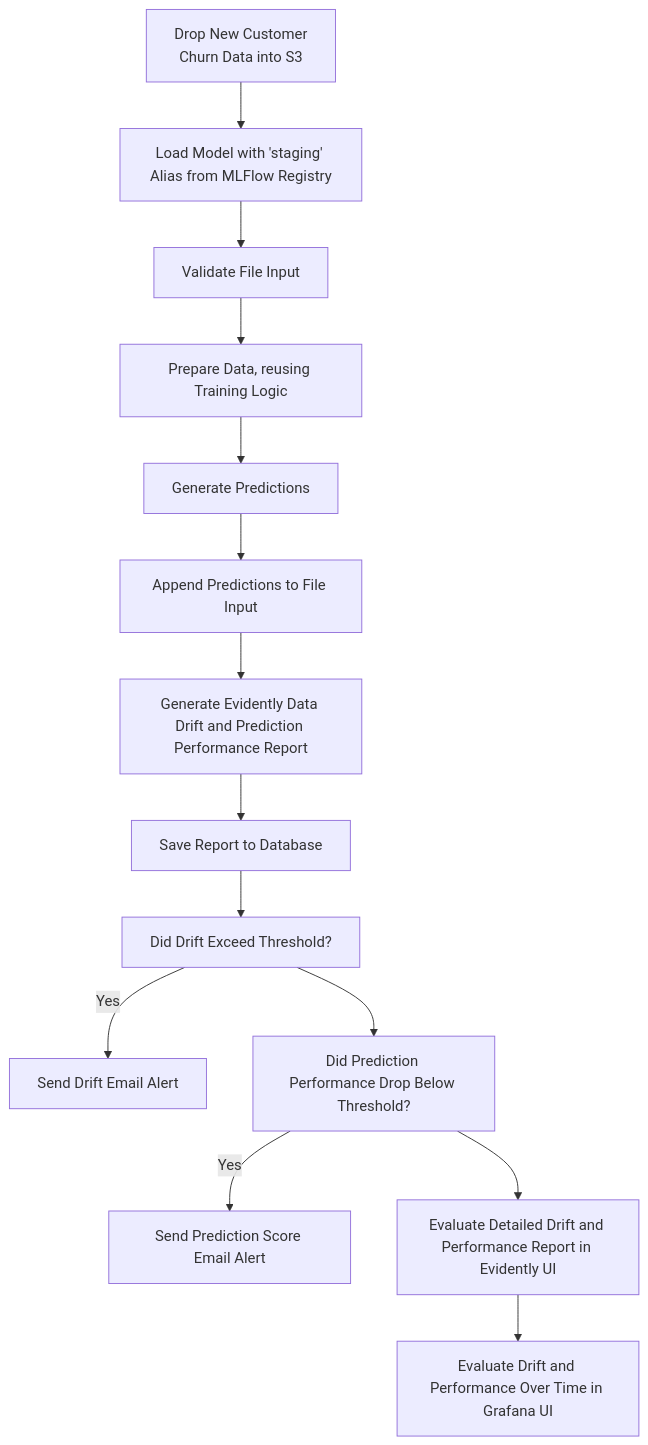
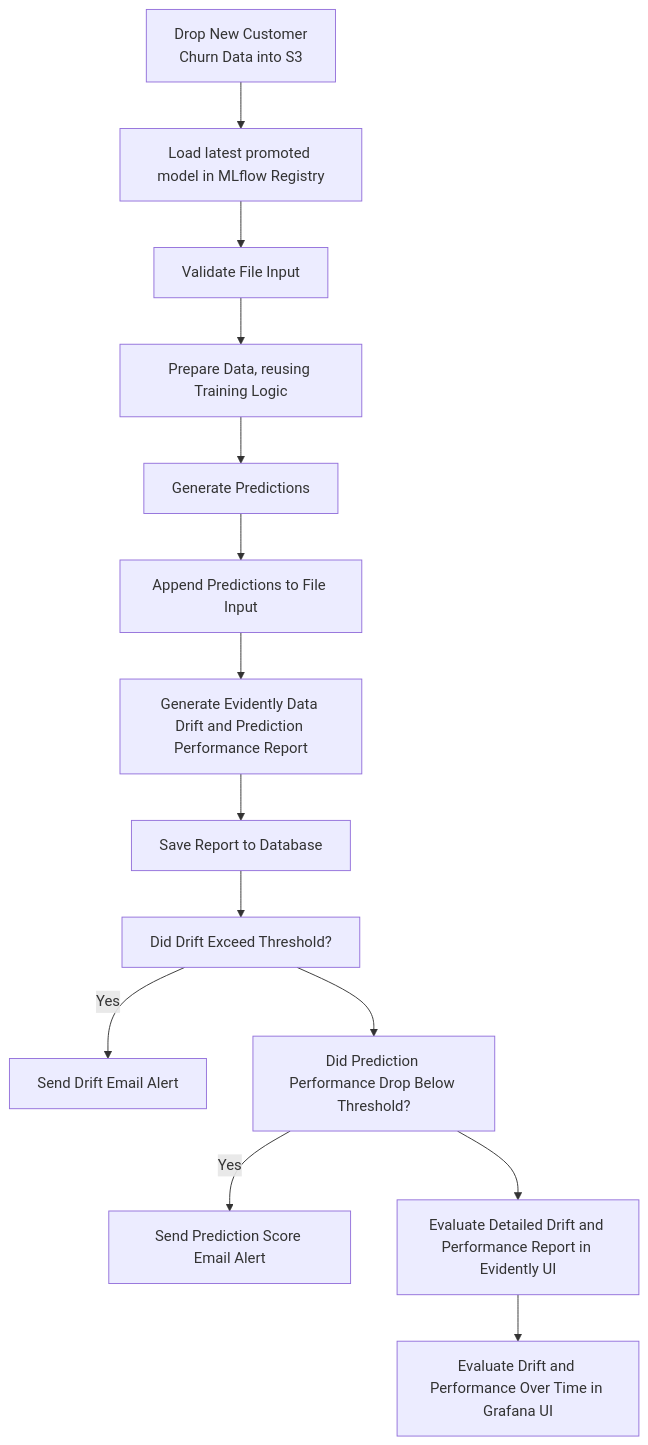
Before and after one commit to paultongyoo/churn-model-evaluation-platform: the second of 3 diagrams in README.md, drawn with Mermaid. The commit also changed other lines of this file, not shown here.

````diff
--- a/README.md
+++ b/README.md
@@ -92,20 +92,20 @@
 ```mermaid
 flowchart TD
     A[Drop New Customer<br/>Churn Data into S3]
-    B[Load Model with 'staging' Alias from MLFlow Registry]
+    B[Load latest promoted model in MLflow Registry]
     C[Validate File Input]
     D[Prepare Data, reusing Training Logic]
     E[Generate Predictions]
     F[Append Predictions to File Input]
     G[Generate Evidently Data Drift and Prediction Performance Report]
     H[Save Report to Database]
     I[Did Drift Exceed Threshold?]
     J[Send Drift Email Alert]
     K[Did Prediction Performance Drop Below Threshold?]
     L[Send Prediction Score Email Alert]
     M[Evaluate Detailed Drift and Performance Report in Evidently UI]
     N[Evaluate Drift and Performance Over Time in Grafana UI]
     A-->B-->C-->D-->E-->F-->G-->H-->I-->K-->M-->N;
     I--> |Yes| J;
     K--> |Yes| L;
 ```
````
